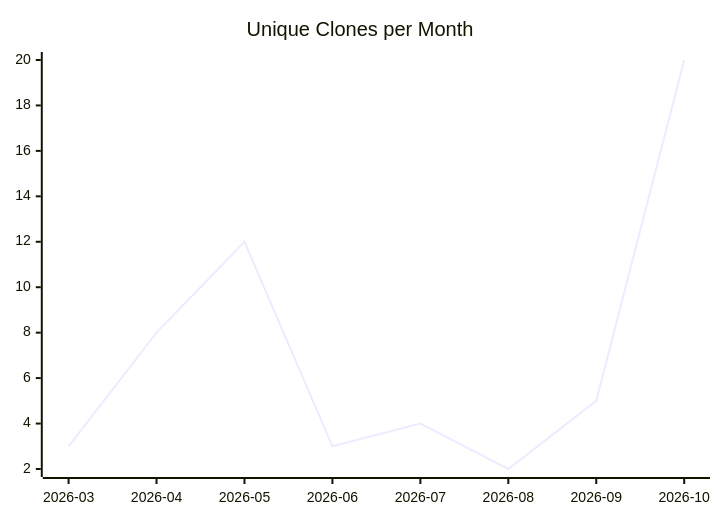
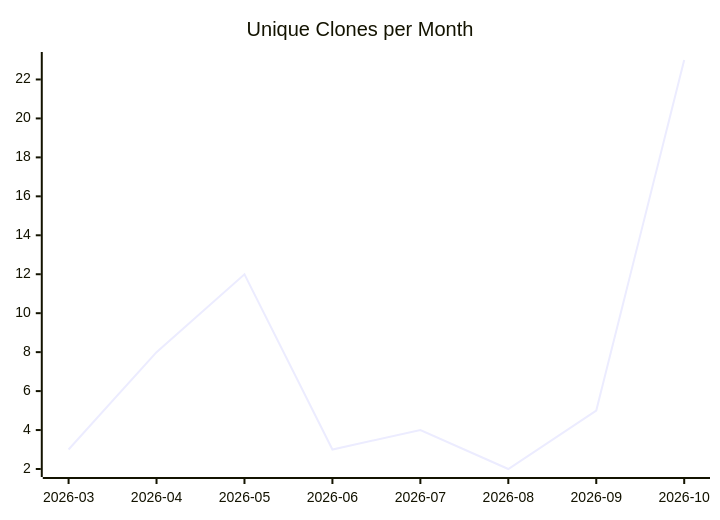
One commit to justdavis-family/github-analytics-data changed the third of 3 diagrams in karlmdavis/puppet-sonar/README.md. Above: the diagram before and after it, drawn with Mermaid. The commit also changed other lines of this file and 200 other files, not shown here.

````diff
--- a/karlmdavis/puppet-sonar/README.md
+++ b/karlmdavis/puppet-sonar/README.md
@@ -19,6 +19,6 @@
 ```mermaid
 xychart-beta
   title "Unique Clones per Month"
   x-axis ["2026-03", "2026-04", "2026-05", "2026-06", "2026-07", "2026-08", "2026-09", "2026-10"]
-  line [3, 8, 12, 3, 4, 2, 5, 20]
+  line [3, 8, 12, 3, 4, 2, 5, 23]
 ```
````
